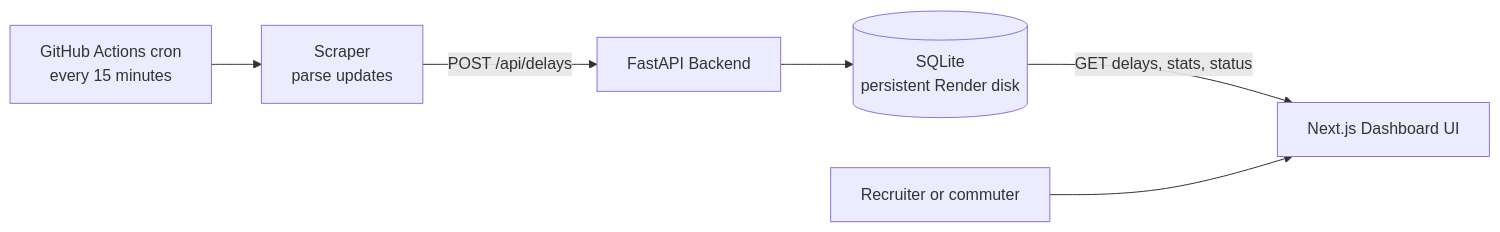
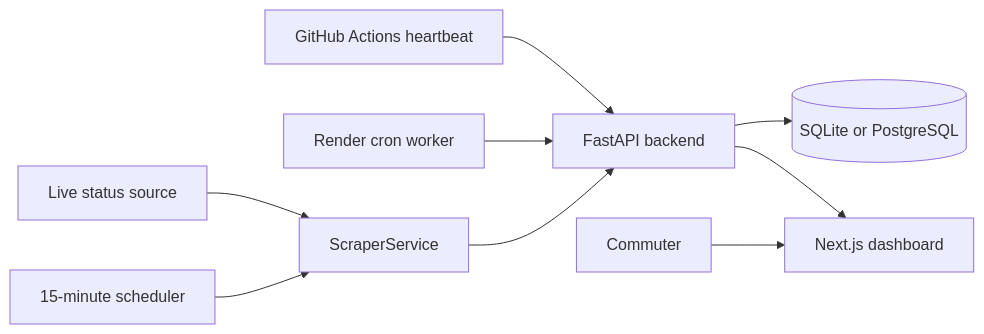
The diagram in README.md (lakshyakurup/mumbai-local-delay-tracker), drawn with Mermaid before and after one commit. The commit also changed other lines of this file, not shown here.

````diff
--- a/README.md
+++ b/README.md
@@ -20,8 +17,11 @@
 ```mermaid
 flowchart LR
-	C[GitHub Actions cron<br/>every 15 minutes] --> S[Scraper<br/>parse updates]
-	S -->|POST /api/delays| A[FastAPI Backend]
-	A --> D[(SQLite<br/>persistent Render disk)]
-	D -->|GET delays, stats, status| N[Next.js Dashboard UI]
-	U[Recruiter or commuter] --> N
+    Source[Live status source] --> Parser[ScraperService]
+    Cron[15-minute scheduler] --> Parser
+    Actions[GitHub Actions heartbeat] --> API[FastAPI backend]
+    Render[Render cron worker] --> API
+    Parser --> API
+    API --> DB[(SQLite or PostgreSQL)]
+    API --> Dashboard[Next.js dashboard]
+    Commuter[Commuter] --> Dashboard
 ```
````
